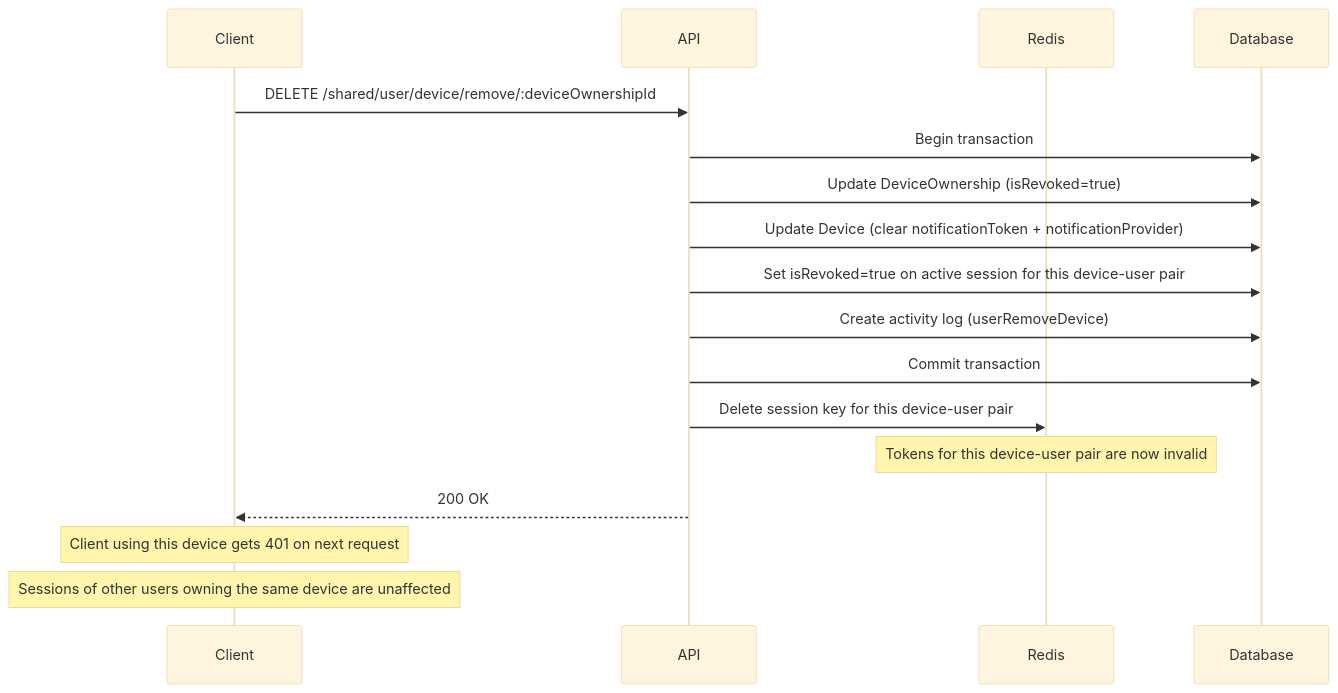
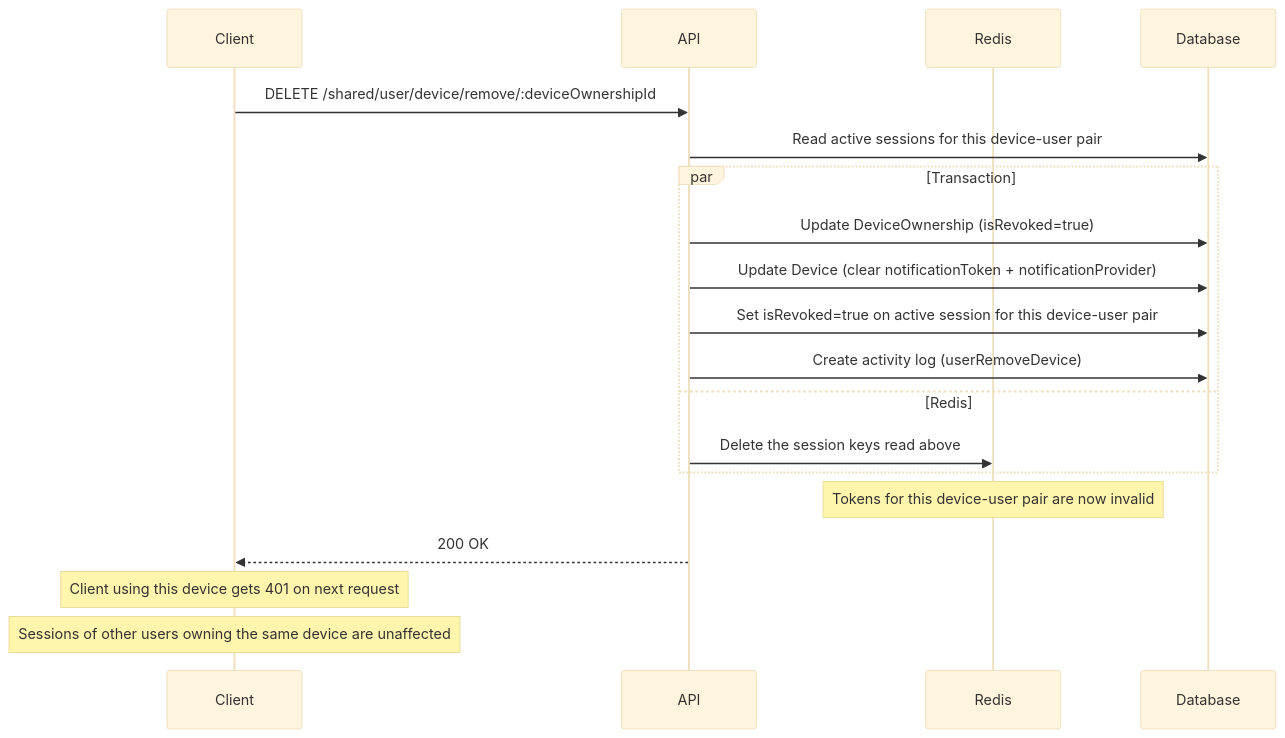
Before and after one commit to andrechristikan/ack-nestjs-boilerplate: the diagram in docs/device.md, drawn with Mermaid (base theme). The commit also changed other lines of this file and 17 other files, not shown here.

````diff
--- a/docs/device.md
+++ b/docs/device.md
@@ -98,20 +98,22 @@
 ```mermaid
 sequenceDiagram
     participant Client
     participant API
     participant Redis
     participant Database
 
     Client->>API: DELETE /shared/user/device/remove/:deviceOwnershipId
-    API->>Database: Begin transaction
-    API->>Database: Update DeviceOwnership (isRevoked=true)
-    API->>Database: Update Device (clear notificationToken + notificationProvider)
-    API->>Database: Set isRevoked=true on active session for this device-user pair
-    API->>Database: Create activity log (userRemoveDevice)
-    API->>Database: Commit transaction
-    API->>Redis: Delete session key for this device-user pair
+    API->>Database: Read active sessions for this device-user pair
+    par Transaction
+        API->>Database: Update DeviceOwnership (isRevoked=true)
+        API->>Database: Update Device (clear notificationToken + notificationProvider)
+        API->>Database: Set isRevoked=true on active session for this device-user pair
+        API->>Database: Create activity log (userRemoveDevice)
+    and Redis
+        API->>Redis: Delete the session keys read above
+    end
     Note over Redis: Tokens for this device-user pair are now invalid
     API-->>Client: 200 OK
     Note over Client: Client using this device gets 401 on next request
     Note over Client: Sessions of other users owning the same device are unaffected
 ```
````
